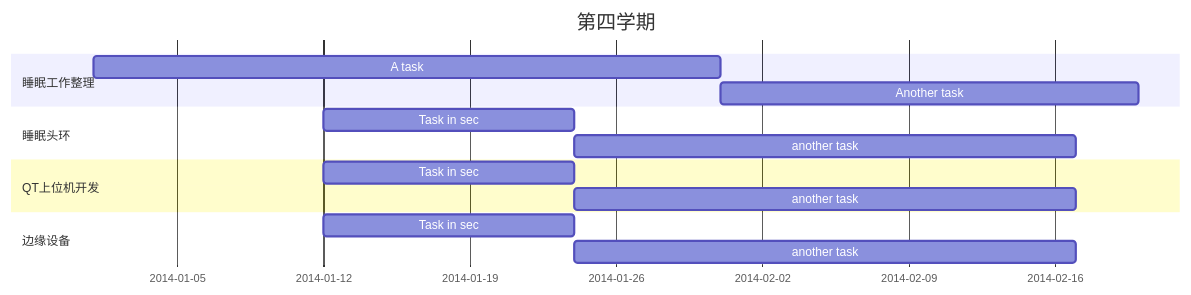
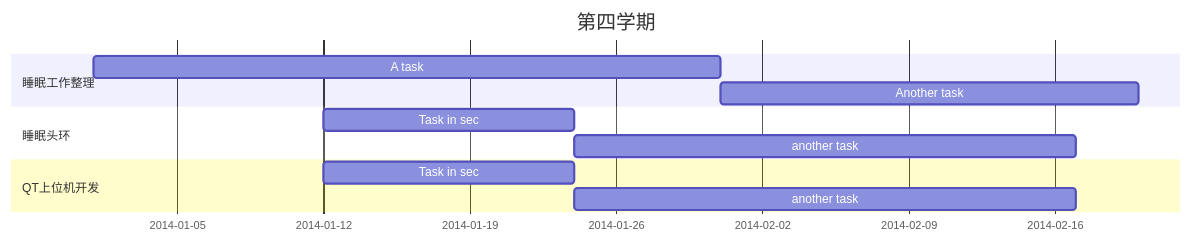
One commit to ChangMY-TJU/iodraw-files changed the diagram in all/代码甘特图.md. Above: the diagram before and after it, drawn with Mermaid.

Commit message:
2026-03-27 14:35:51 update

````diff
--- a/all/代码甘特图.md
+++ b/all/代码甘特图.md
@@ -1,17 +1,17 @@
 ```mermaid
 gantt
     title 第四学期
     dateFormat  YYYY-MM-DD
     section 睡眠工作整理
     A task           :a1, 2014-01-01, 30d
     Another task     :after a1  , 20d
     section 睡眠头环
     Task in sec      :2014-01-12  , 12d
     another task      : 24d
     section QT上位机开发
     Task in sec      :2014-01-12  , 12d
     another task      : 24d
-    section 边缘设备
-    Task in sec      :2014-01-12  , 12d
-    another task      : 24d
+    %% section 边缘设备模型部署测试
+    %% Task in sec      :2014-01-12  , 12d
+    %% another task      : 24d
 ```
````
